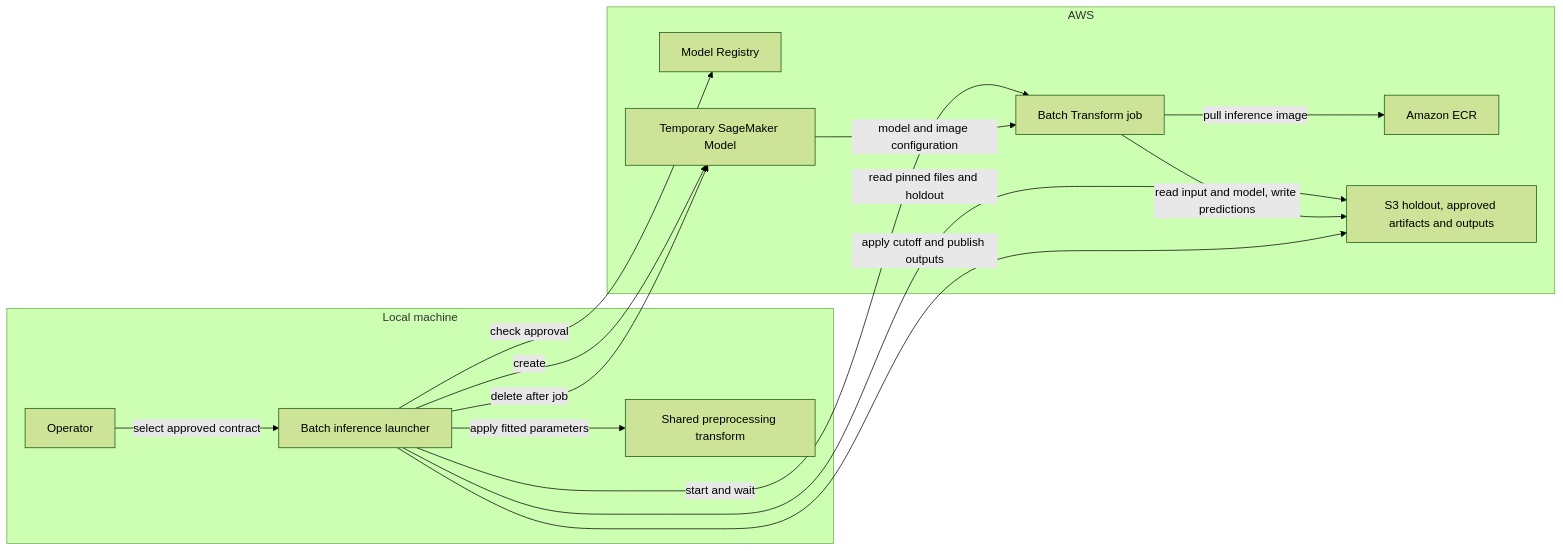
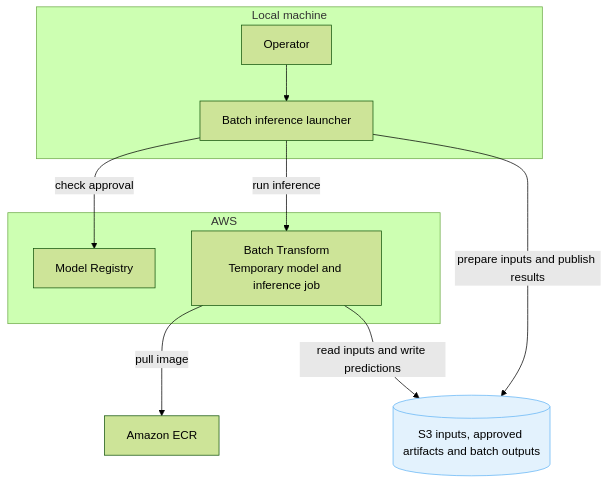
Before and after one commit to MaximeBoulat/customer-churn-pipeline: the diagram in Documentation/Pipeline/Children/BatchTransform/Resources/ComponentDiagram.md, drawn with Mermaid (forest theme). The commit also changed 4 other files, not shown here.

Commit message:
Cleaning up Batch inference

````diff
--- a/Documentation/Pipeline/Children/BatchTransform/Resources/ComponentDiagram.md
+++ b/Documentation/Pipeline/Children/BatchTransform/Resources/ComponentDiagram.md
@@ -1,26 +1,25 @@
 ```mermaid
-flowchart LR
+flowchart TB
     subgraph Local["Local machine"]
         Operator["Operator"]
         Launcher["Batch inference launcher"]
-        Preprocess["Shared preprocessing transform"]
     end
     subgraph AWS["AWS"]
         Registry["Model Registry"]
-        Model["Temporary SageMaker Model"]
-        Job["Batch Transform job"]
-        ECR["Amazon ECR"]
-        S3["S3 holdout, approved artifacts and outputs"]
+        Batch["Batch Transform<br/>Temporary model and inference job"]
     end
-    Operator -->|select approved contract| Launcher
+
+    ECR["Amazon ECR"]
+
+    S3[("S3 inputs, approved artifacts and batch outputs")]
+
+    Operator --> Launcher
     Launcher -->|check approval| Registry
-    Launcher -->|read pinned files and holdout| S3
-    Launcher -->|apply fitted parameters| Preprocess
-    Launcher -->|create| Model
-    Launcher -->|start and wait| Job
-    Model -->|model and image configuration| Job
-    Job -->|pull inference image| ECR
-    Job -->|read input and model, write predictions| S3
-    Launcher -->|apply cutoff and publish outputs| S3
-    Launcher -->|delete after job| Model
+    Launcher -->|run inference| Batch
+    Batch -->|pull image| ECR
+    Launcher -->|prepare inputs and publish results| S3
+    Batch -->|read inputs and write predictions| S3
+
+    classDef dataStore fill:#E3F2FD,stroke:#64B5F6
+    class S3 dataStore
 ```
````
